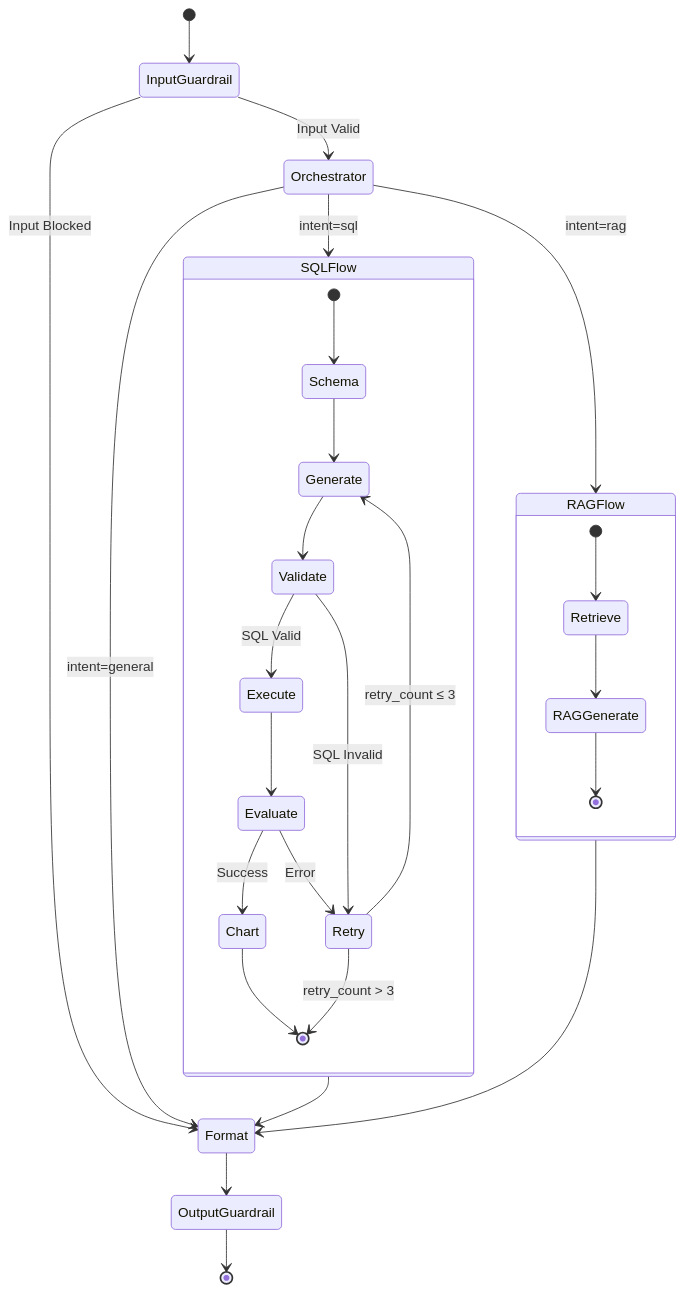
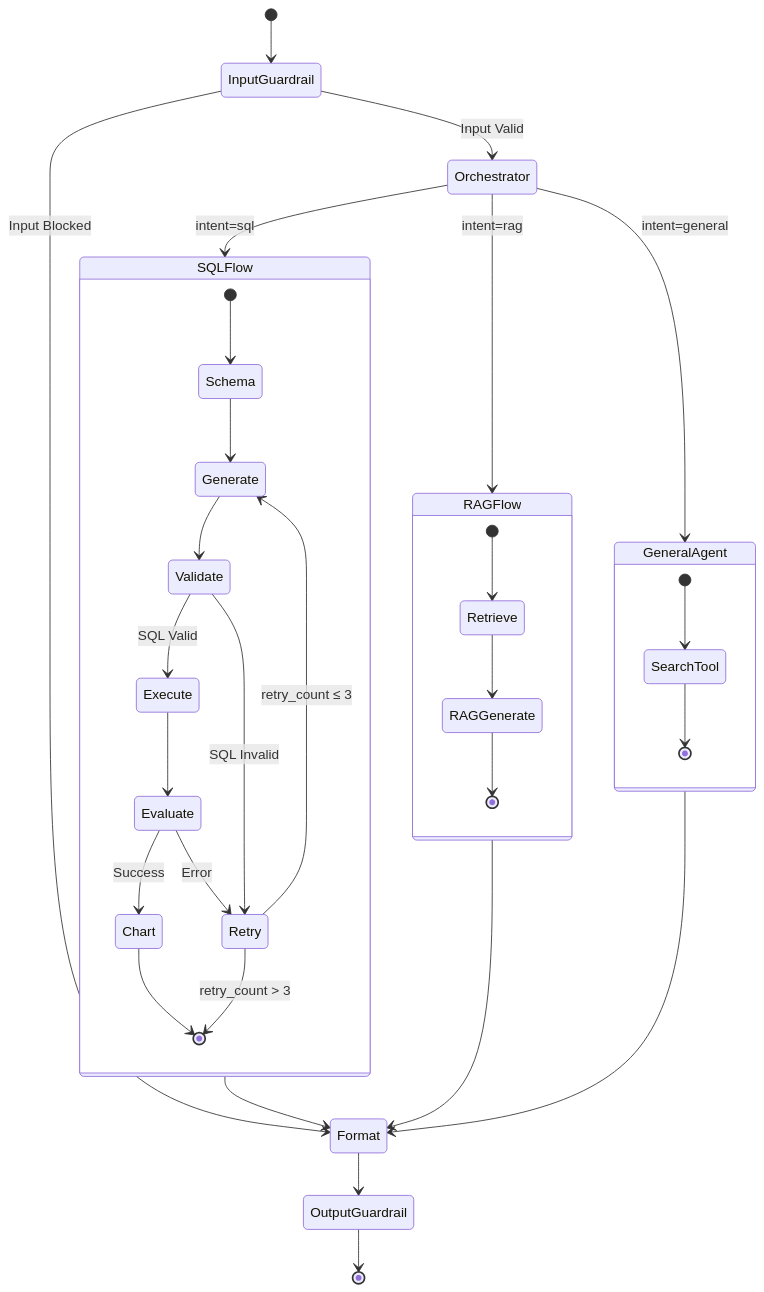
Before and after one commit to Tpg1993/text2sqlagent: the second of 13 diagrams in documentation/ARCHITECTURE_DIAGRAMS.md, drawn with Mermaid. The commit also changed other lines of this file and 6 other files, not shown here.

````diff
--- a/documentation/ARCHITECTURE_DIAGRAMS.md
+++ b/documentation/ARCHITECTURE_DIAGRAMS.md
@@ -27,41 +27,47 @@
 ```mermaid
 stateDiagram-v2
     [*] --> InputGuardrail
     
     InputGuardrail --> Orchestrator: Input Valid
     InputGuardrail --> Format: Input Blocked
     
     Orchestrator --> SQLFlow: intent=sql
     Orchestrator --> RAGFlow: intent=rag
-    Orchestrator --> Format: intent=general
+    Orchestrator --> GeneralAgent: intent=general
+    
+    state GeneralAgent {
+        [*] --> SearchTool
+        SearchTool --> [*]
+    }
     
     state SQLFlow {
         [*] --> Schema
         Schema --> Generate
         Generate --> Validate
         
         Validate --> Execute: SQL Valid
         Validate --> Retry: SQL Invalid
         
         Execute --> Evaluate
         Evaluate --> Chart: Success
         Evaluate --> Retry: Error
         
         Retry --> Generate: retry_count ≤ 3
         Retry --> [*]: retry_count > 3
         
         Chart --> [*]
     }
     
     state RAGFlow {
         [*] --> Retrieve
         Retrieve --> RAGGenerate
         RAGGenerate --> [*]
     }
     
     SQLFlow --> Format
     RAGFlow --> Format
+    GeneralAgent --> Format
     
     Format --> OutputGuardrail
     OutputGuardrail --> [*]
 ```
````
